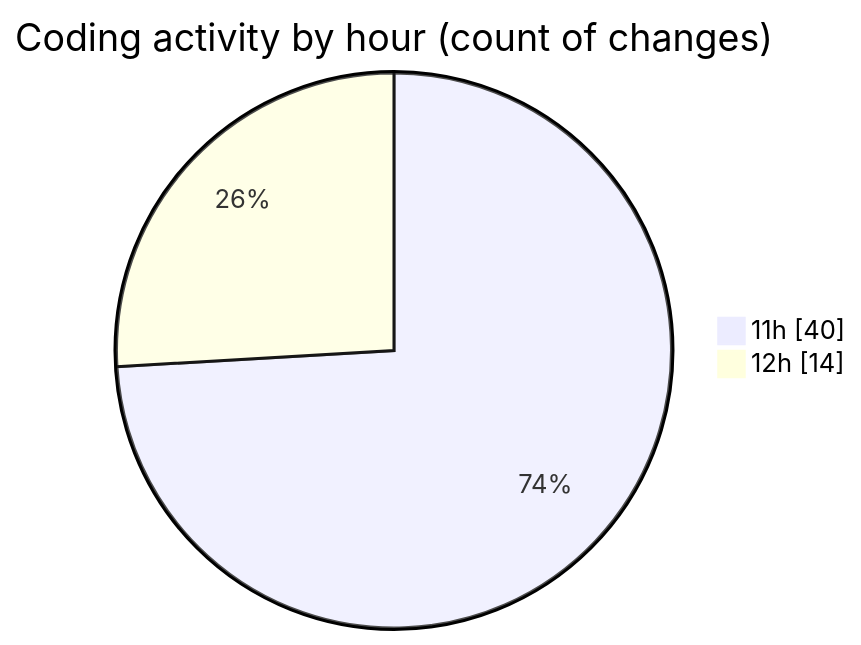
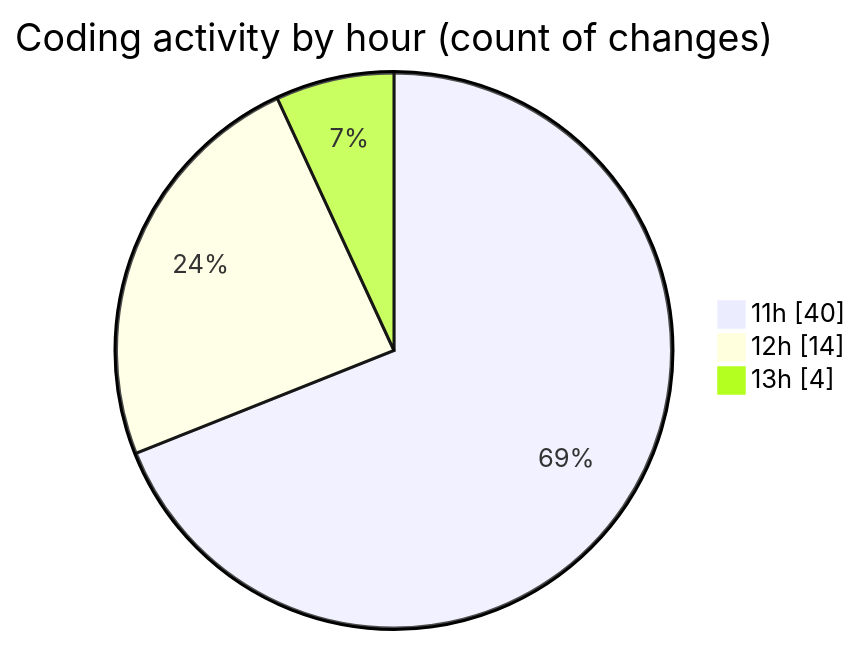
The second of 2 diagrams in 2026-03-27/cda/README.md (momahboobian/code-tracking), drawn with Mermaid before and after one commit. The commit also changed other lines of this file and 1 other file, not shown here.

````diff
--- a/2026-03-27/cda/README.md
+++ b/2026-03-27/cda/README.md
@@ -38,6 +39,7 @@
 ```mermaid
 pie showData
 title Coding activity by hour (count of changes)
 "11h" : 40
 "12h" : 14
+"13h" : 4
 ```
````
